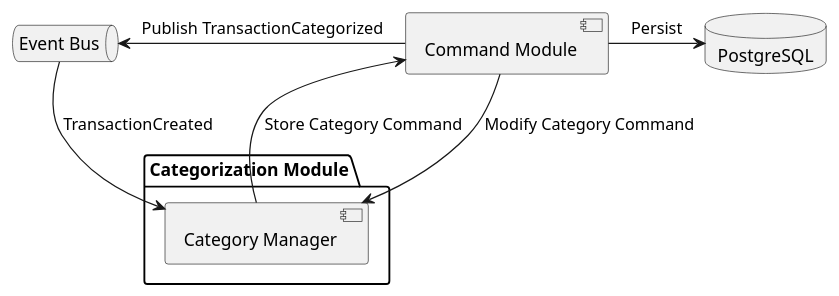
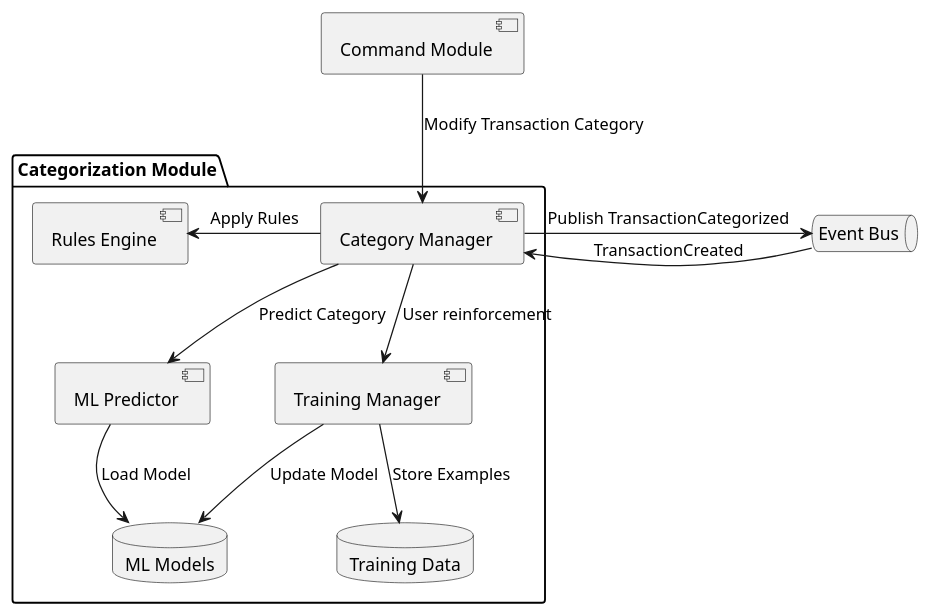
Before and after one commit to Osguima3/welz: the eighth of 9 diagrams in docs/architecture.md, drawn with PlantUML. The commit also changed other lines of this file and 6 other files, not shown here.

````diff
--- a/docs/architecture.md
+++ b/docs/architecture.md
@@ -560,18 +929,30 @@
 ```plantuml
 @startuml
 package "Categorization Module" {
     [Category Manager]
+    [ML Predictor]
+    [Rules Engine]
+    [Training Manager]
+    database "ML Models"
+    database "Training Data"
 }
 
 [Command Module]
 queue "Event Bus"
-database "PostgreSQL"
 
 ' Event Flow
-[Event Bus] --> [Category Manager] : "TransactionCreated"
-[Category Manager] -up-> [Command Module] : "Store Category Command"
-[Command Module] --> [Category Manager] : "Modify Category Command"
-[Command Module] -right-> [PostgreSQL] : "Persist"
-[Command Module] -left-> [Event Bus] : "Publish TransactionCategorized"
+[Event Bus] -left-> [Category Manager] : "TransactionCreated"
+[Command Module] --> [Category Manager] : "Modify Transaction Category"
+[Category Manager] -right-> [Event Bus] : "Publish TransactionCategorized"
+
+' Prediction flows
+[Category Manager] -left-> [Rules Engine] : "Apply Rules"
+[Category Manager] --> [ML Predictor] : "Predict Category"
+[ML Predictor] --> [ML Models] : "Load Model"
+
+' Training flows
+[Category Manager] --> [Training Manager] : "User reinforcement"
+[Training Manager] --> [Training Data] : "Store Examples"
+[Training Manager] --> [ML Models] : "Update Model"
 @enduml
 ```
````
